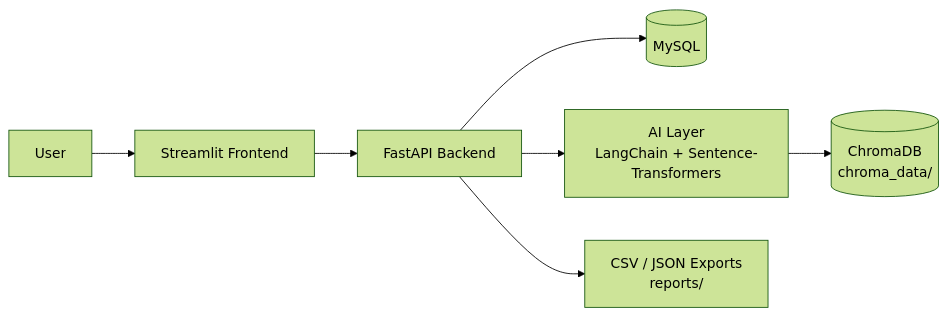
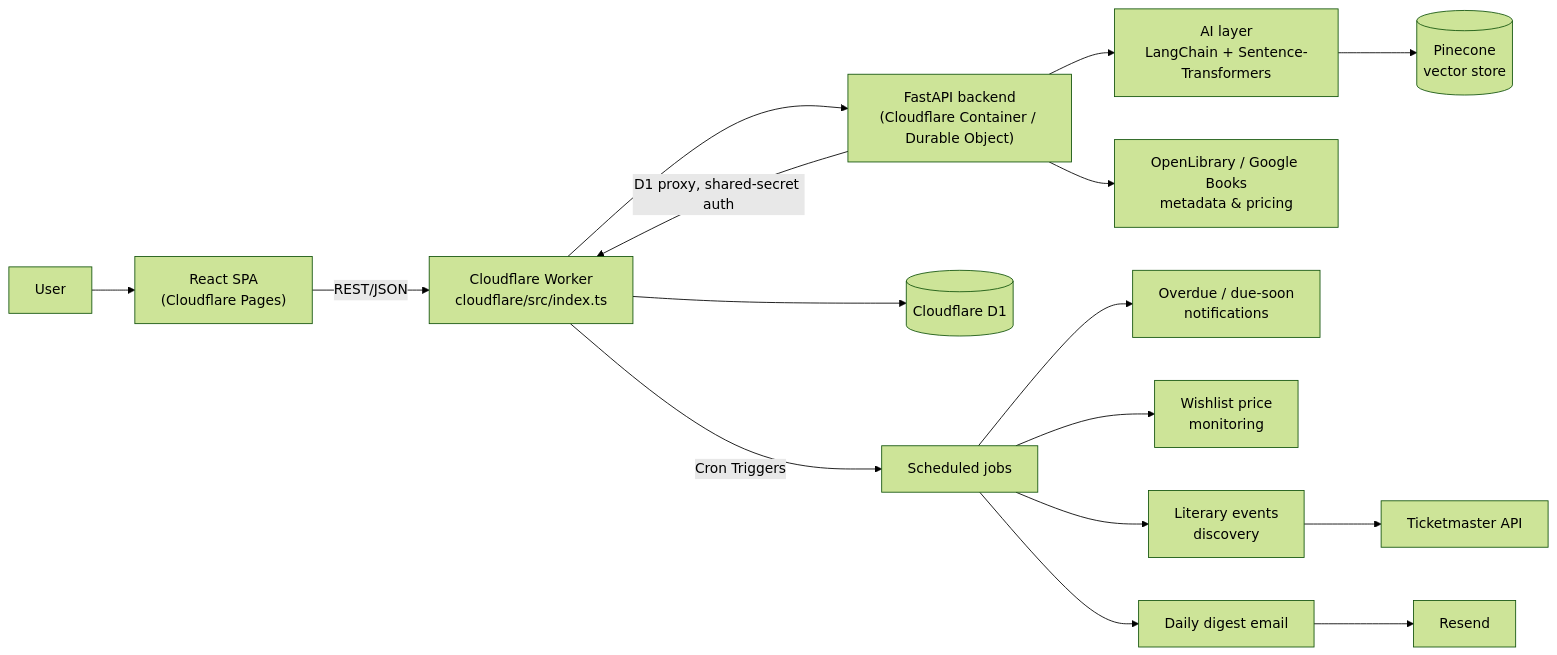
One commit to jeorgesilva/lianes-library changed the first of 2 diagrams in README.md. Above: the diagram before and after it, drawn with Mermaid (forest theme). The commit also changed other lines of this file and 1 other file, not shown here.

First line of the commit message:
docs: rewrite README for current React/Cloudflare stack; fix dashboard book count

````diff
--- a/README.md
+++ b/README.md
@@ -22,9 +28,18 @@
 ```mermaid
 flowchart LR
-    U[User] --> ST["Streamlit Frontend"]
-    ST --> API["FastAPI Backend"]
-    API --> DB[(MySQL)]
-    API --> AI["AI Layer<br/>LangChain + Sentence-Transformers"]
-    AI --> VDB[("ChromaDB<br/>chroma_data/")]
-    API --> OUT["CSV / JSON Exports<br/>reports/"]
+    U[User] --> Pages["React SPA<br/>(Cloudflare Pages)"]
+    Pages -->|REST/JSON| Worker["Cloudflare Worker<br/>cloudflare/src/index.ts"]
+    Worker --> Container["FastAPI backend<br/>(Cloudflare Container / Durable Object)"]
+    Container -->|D1 proxy, shared-secret auth| Worker
+    Worker --> D1[(Cloudflare D1)]
+    Container --> AI["AI layer<br/>LangChain + Sentence-Transformers"]
+    AI --> Pinecone[(Pinecone<br/>vector store)]
+    Container --> Meta["OpenLibrary / Google Books<br/>metadata & pricing"]
+    Worker -->|Cron Triggers| Jobs["Scheduled jobs"]
+    Jobs --> Notif["Overdue / due-soon<br/>notifications"]
+    Jobs --> Price["Wishlist price<br/>monitoring"]
+    Jobs --> Events["Literary events<br/>discovery"]
+    Jobs --> Digest["Daily digest email"]
+    Events --> Ticketmaster["Ticketmaster API"]
+    Digest --> Resend["Resend"]
 ```
````
